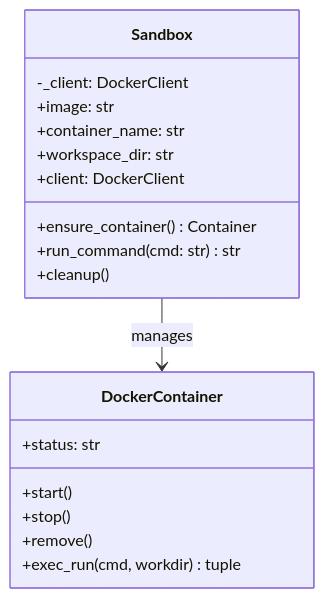
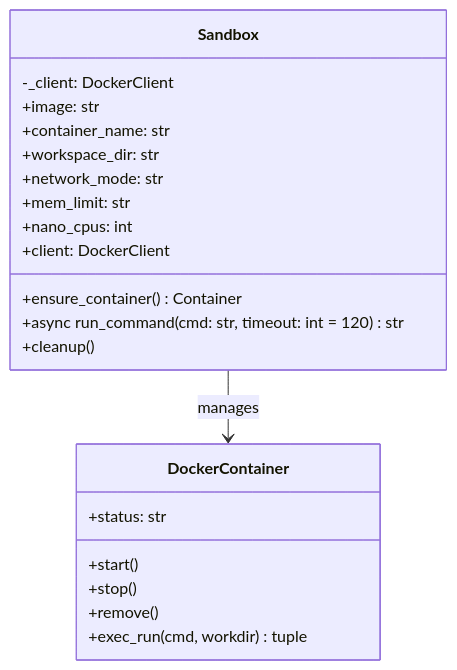
One commit to binlecode/co-cli changed the seventh of 15 diagrams in docs/DESIGN-co-cli.md. Above: the diagram before and after it, drawn with Mermaid. The commit also changed other lines of this file and 20 other files, not shown here.

First line of the commit message:
Add shell safe-command whitelist, approval flow tests, sandbox hardening tests

````diff
--- a/docs/DESIGN-co-cli.md
+++ b/docs/DESIGN-co-cli.md
@@ -455,23 +463,26 @@
 ```mermaid
 classDiagram
     class Sandbox {
         -_client: DockerClient
         +image: str
         +container_name: str
         +workspace_dir: str
+        +network_mode: str
+        +mem_limit: str
+        +nano_cpus: int
         +client: DockerClient
         +ensure_container() Container
-        +run_command(cmd: str) str
+        +async run_command(cmd: str, timeout: int = 120) str
         +cleanup()
     }
 
     class DockerContainer {
         +status: str
         +start()
         +stop()
         +remove()
         +exec_run(cmd, workdir) tuple
     }
 
     Sandbox --> DockerContainer : manages
 ```
````
